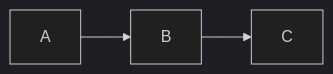
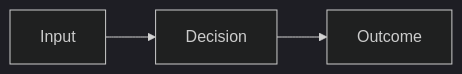
The second of 2 diagrams in BIS/documentation/slidev/template-deck-b.md (SamuelAsherRivello/blockchain-integration-service), drawn with Mermaid (dark theme) before and after one commit. The commit also changed other lines of this file and 513 other files, not shown here.

````diff
--- a/BIS/documentation/slidev/template-deck-b.md
+++ b/BIS/documentation/slidev/template-deck-b.md
@@ -178,4 +212,4 @@
 ```mermaid {scale: 0.8}
 flowchart LR
-  A[A] --> B[B] --> C[C]
+  A[Input] --> B[Decision] --> C[Outcome]
 ```
````
